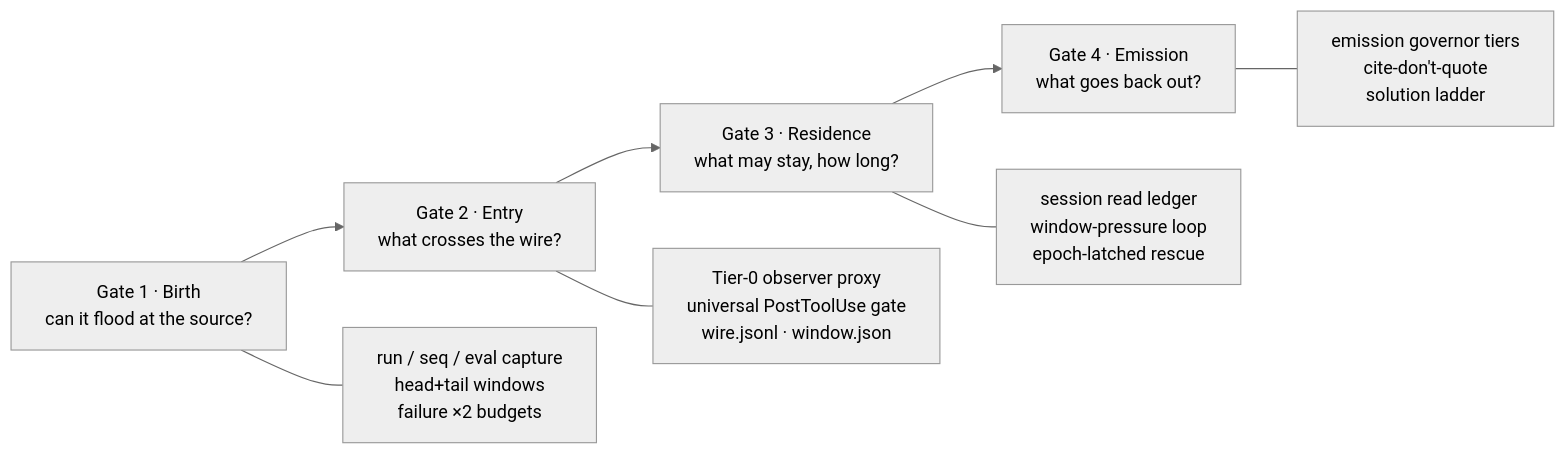
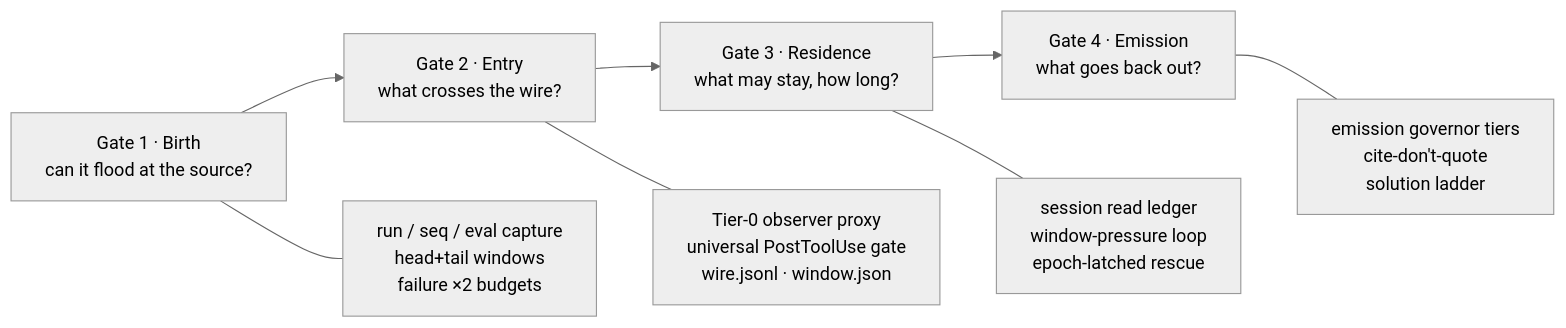
The second of 5 diagrams in README.md (vamsiramakrishnan/straitjacket), drawn with Mermaid (neutral theme) before and after one commit.

Commit message:
README: flatten the four-gates mermaid pipeline
Invisible edges chain the mechanism boxes so the gates render as a
straight left-to-right pipeline with mechanisms in a parallel row,
instead of a diagonal staircase. All five README diagrams verified
rendering with mermaid-cli against headless chromium.

Claude-Session: https://claude.ai/code/session_017rR1gFtkz2o36BQhvp3fAX

````diff
--- a/README.md
+++ b/README.md
@@ -101,8 +101,9 @@
 ```mermaid
 flowchart LR
     G1["Gate 1 · Birth<br/>can it flood at the source?"] --> G2["Gate 2 · Entry<br/>what crosses the wire?"] --> G3["Gate 3 · Residence<br/>what may stay, how long?"] --> G4["Gate 4 · Emission<br/>what goes back out?"]
     G1 --- M1["run / seq / eval capture<br/>head+tail windows<br/>failure ×2 budgets"]
     G2 --- M2["Tier-0 observer proxy<br/>universal PostToolUse gate<br/>wire.jsonl · window.json"]
     G3 --- M3["session read ledger<br/>window-pressure loop<br/>epoch-latched rescue"]
     G4 --- M4["emission governor tiers<br/>cite-don't-quote<br/>solution ladder"]
+    M1 ~~~ M2 ~~~ M3 ~~~ M4
 ```
````
